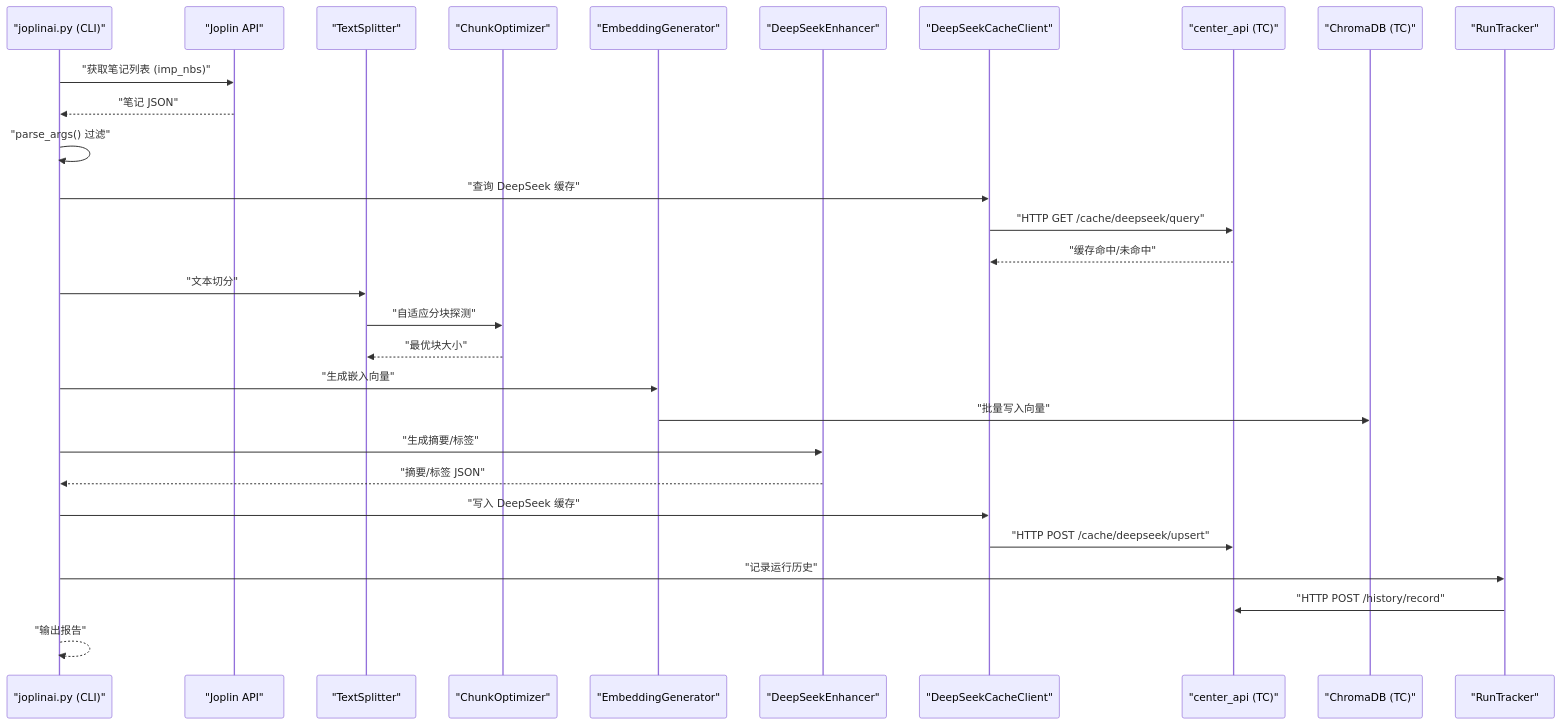
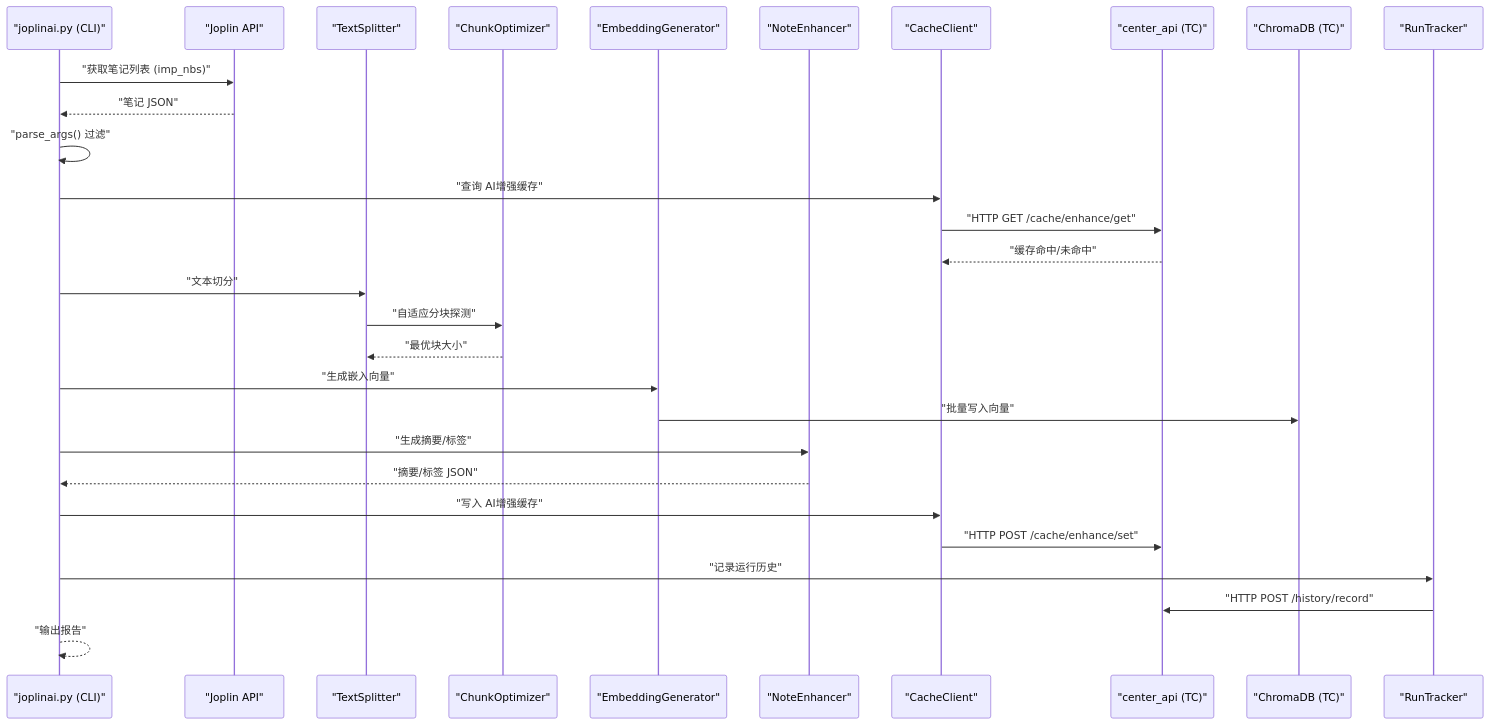
One commit to heart5/joplinai changed the fourth of 10 diagrams in docs/TECHNICAL_MANUAL.md. Above: the diagram before and after it, drawn with Mermaid. The commit also changed other lines of this file and 16 other files, not shown here.

````diff
--- a/docs/TECHNICAL_MANUAL.md
+++ b/docs/TECHNICAL_MANUAL.md
@@ -210,32 +210,32 @@
 ```mermaid
 sequenceDiagram
     participant CLI as "joplinai.py (CLI)"
     participant JP as "Joplin API"
     participant TS as "TextSplitter"
     participant CO as "ChunkOptimizer"
     participant EG as "EmbeddingGenerator"
-    participant DS as "DeepSeekEnhancer"
-    participant CC as "DeepSeekCacheClient"
+    participant DS as "NoteEnhancer"
+    participant CC as "CacheClient"
     participant CA as "center_api (TC)"
     participant VDB as "ChromaDB (TC)"
     participant RT as "RunTracker"
 
     CLI->>JP: "获取笔记列表 (imp_nbs)"
     JP-->>CLI: "笔记 JSON"
     CLI->>CLI: "parse_args() 过滤"
-    CLI->>CC: "查询 DeepSeek 缓存"
-    CC->>CA: "HTTP GET /cache/deepseek/query"
+    CLI->>CC: "查询 AI增强缓存"
+    CC->>CA: "HTTP GET /cache/enhance/get"
     CA-->>CC: "缓存命中/未命中"
     CLI->>TS: "文本切分"
     TS->>CO: "自适应分块探测"
     CO-->>TS: "最优块大小"
     CLI->>EG: "生成嵌入向量"
     EG->>VDB: "批量写入向量"
     CLI->>DS: "生成摘要/标签"
     DS-->>CLI: "摘要/标签 JSON"
-    CLI->>CC: "写入 DeepSeek 缓存"
-    CC->>CA: "HTTP POST /cache/deepseek/upsert"
+    CLI->>CC: "写入 AI增强缓存"
+    CC->>CA: "HTTP POST /cache/enhance/set"
     CLI->>RT: "记录运行历史"
     RT->>CA: "HTTP POST /history/record"
     CLI-->>CLI: "输出报告"
 ```
````
